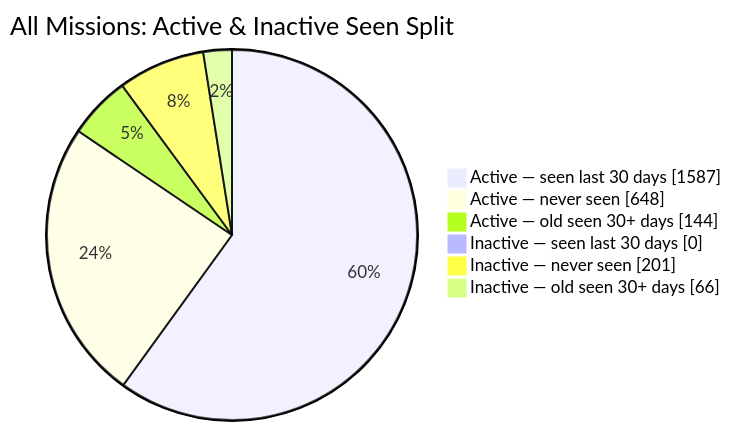
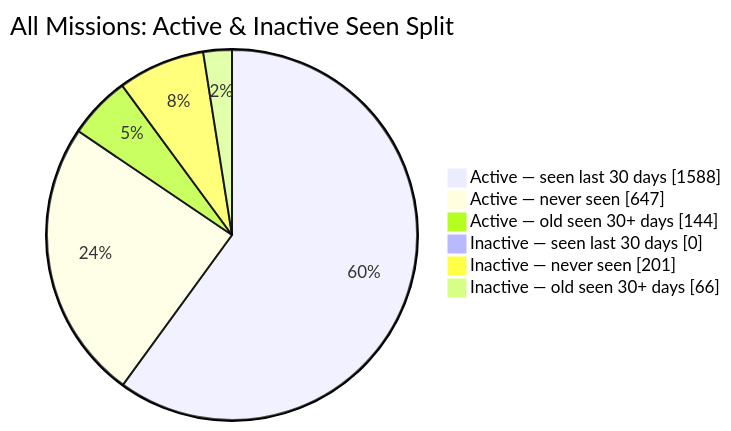
The second of 2 diagrams in README.md (MeldkamerspelGameTeam/active-missions), drawn with Mermaid before and after one commit. The commit also changed other lines of this file and 2 other files, not shown here.

````diff
--- a/README.md
+++ b/README.md
@@ -44,10 +44,10 @@
 ```mermaid
 pie showData
     title All Missions: Active & Inactive Seen Split
-    "Active — seen last 30 days" : 1587
-    "Active — never seen" : 648
+    "Active — seen last 30 days" : 1588
+    "Active — never seen" : 647
     "Active — old seen 30+ days" : 144
     "Inactive — seen last 30 days" : 0
     "Inactive — never seen" : 201
     "Inactive — old seen 30+ days" : 66
 ```
````
